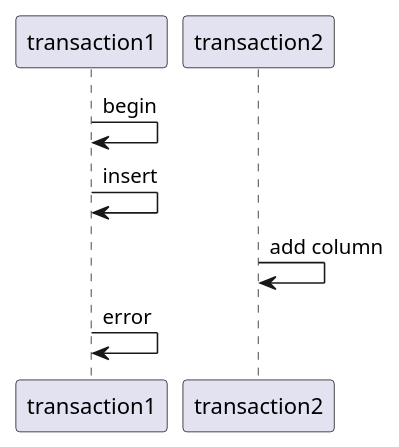
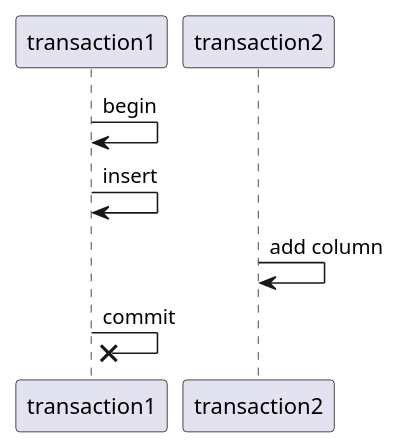
The diagram in doc/online_ddl.org (luyomo/OhMyTiUP), drawn with PlantUML before and after one commit. The commit also changed other lines of this file and 1 other file, not shown here.

```diff
--- a/doc/online_ddl.org
+++ b/doc/online_ddl.org
@@ -6,6 +7,6 @@
 #+BEGIN_SRC plantuml :file ./png/online_use_case_01.png
 transaction1 -> transaction1: begin
 transaction1 -> transaction1: insert
 transaction2 -> transaction2: add column
-transaction1 -> transaction1: error
+transaction1 ->x transaction1: commit
 #+END_SRC
```
